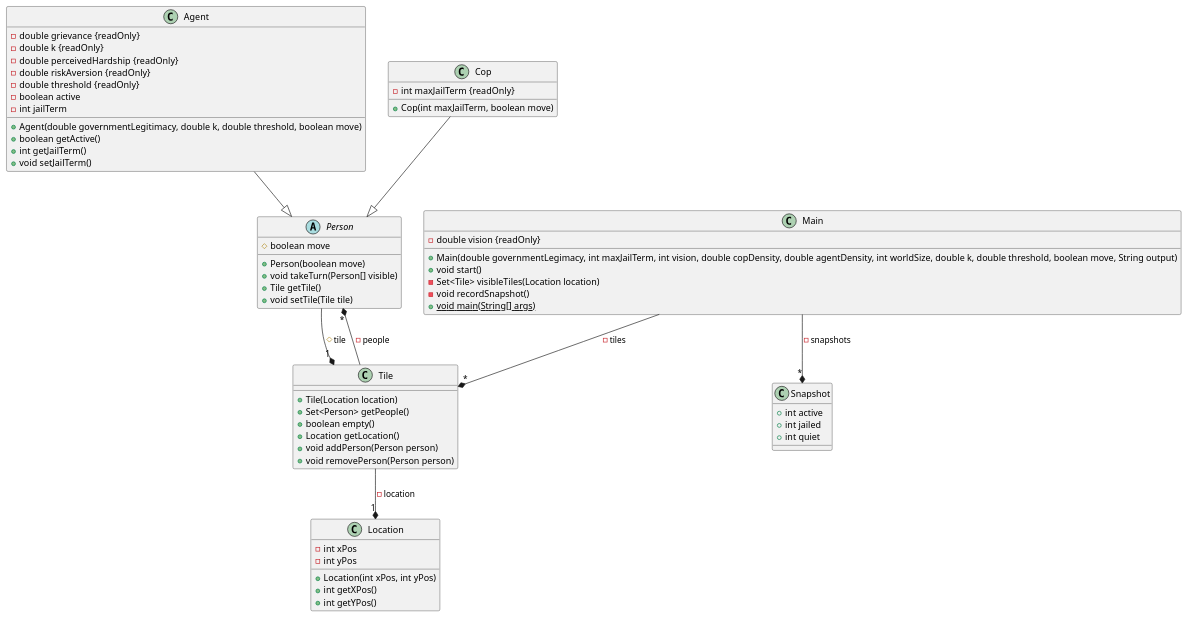
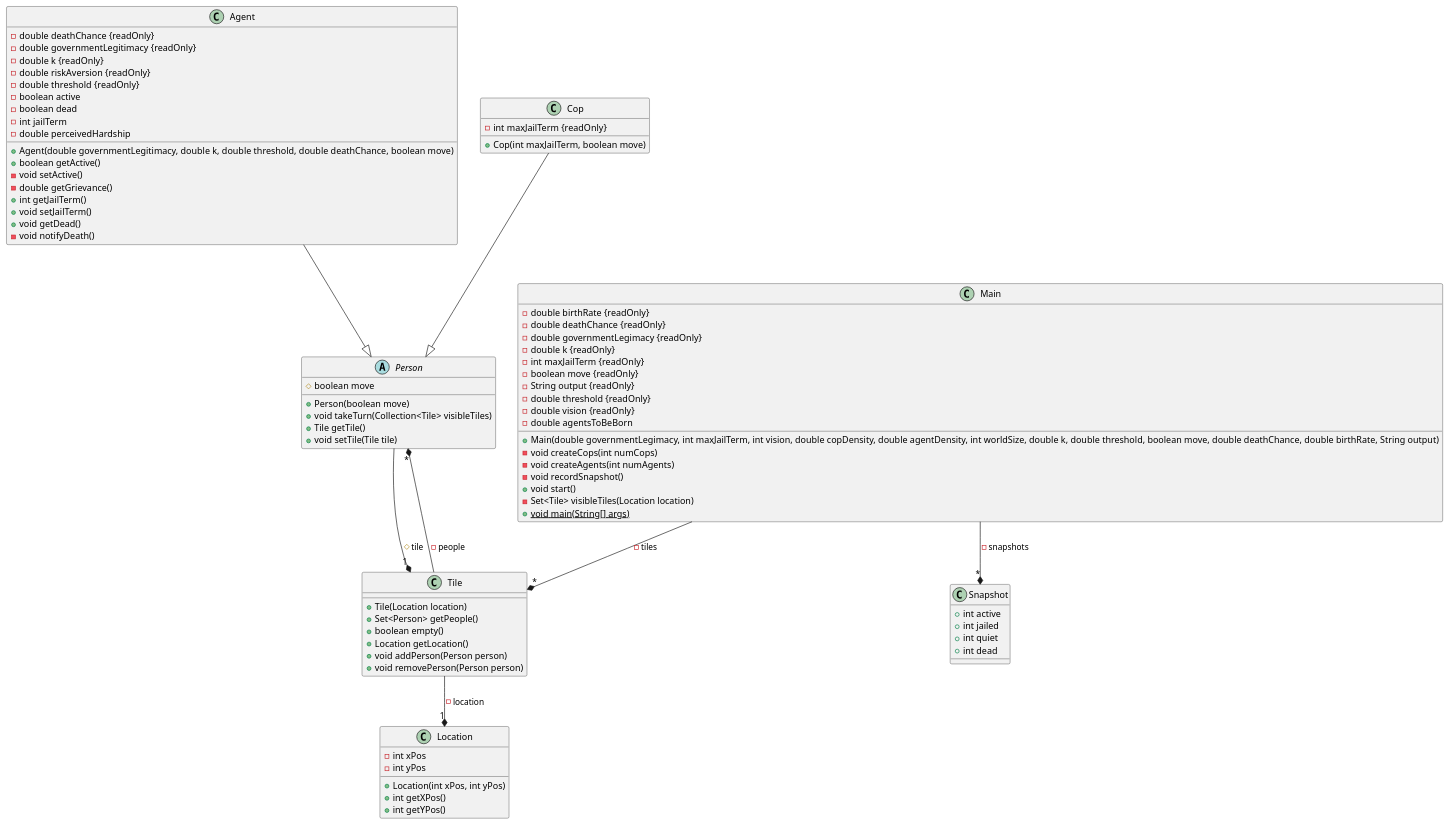
One commit to jofrancis1997/rebellion changed the diagram in docs/classes.puml. Above: the diagram before and after it, drawn with PlantUML. The commit also changed 5 other files, not shown here.

Commit message:
feat: agents die in jail, and are born over time

```diff
--- a/docs/classes.puml
+++ b/docs/classes.puml
@@ -1,71 +1,89 @@
 @startuml Rebellion
 
 class Agent {
-    - double grievance {readOnly}
+    - double deathChance {readOnly}
+    - double governmentLegitimacy {readOnly}
     - double k {readOnly}
-    - double perceivedHardship {readOnly}
     - double riskAversion {readOnly}
     - double threshold {readOnly}
     - boolean active
+    - boolean dead
     - int jailTerm
-    + Agent(double governmentLegitimacy, double k, double threshold, boolean move)
+    - double perceivedHardship
+    + Agent(double governmentLegitimacy, double k, double threshold, double deathChance, boolean move)
     + boolean getActive()
+    - void setActive()
+    - double getGrievance()
     + int getJailTerm()
     + void setJailTerm()
+    + void getDead()
+    - void notifyDeath()
 }
 
 class Cop {
     - int maxJailTerm {readOnly}
     + Cop(int maxJailTerm, boolean move)
 }
 
 class Location {
     - int xPos
     - int yPos
     + Location(int xPos, int yPos)
     + int getXPos()
     + int getYPos()
 }
 
 class Main {
+    - double birthRate {readOnly}
+    - double deathChance {readOnly}
+    - double governmentLegimacy {readOnly}
+    - double k {readOnly}
+    - int maxJailTerm {readOnly}
+    - boolean move {readOnly}
+    - String output {readOnly}
+    - double threshold {readOnly}
     - double vision {readOnly}
-    + Main(double governmentLegimacy, int maxJailTerm, int vision, double copDensity, double agentDensity, int worldSize, double k, double threshold, boolean move, String output)
+    - double agentsToBeBorn
+    + Main(double governmentLegimacy, int maxJailTerm, int vision, double copDensity, double agentDensity, int worldSize, double k, double threshold, boolean move, double deathChance, double birthRate, String output)
+    - void createCops(int numCops)
+    - void createAgents(int numAgents)
+    - void recordSnapshot()
     + void start()
     - Set<Tile> visibleTiles(Location location)
-    - void recordSnapshot()
     + void main(String[] args) {static}
 }
 
 abstract class Person {
     # boolean move
     + Person(boolean move)
-    + void takeTurn(Person[] visible)
+    + void takeTurn(Collection<Tile> visibleTiles)
     + Tile getTile()
     + void setTile(Tile tile)
 }
 
 class Snapshot {
     + int active
     + int jailed
     + int quiet
+    + int dead
 }
 
 class Tile {
     + Tile(Location location)
     + Set<Person> getPeople()
     + boolean empty()
     + Location getLocation()
     + void addPerson(Person person)
     + void removePerson(Person person)
 }
 
 
 Main --* "*" Tile : - tiles
 Main --* "*" Snapshot : - snapshots
 Agent --|> Person
 Cop --|> Person
 Tile --* "*" Person : - people
 Person --* "1" Tile : # tile
 Tile --* "1" Location : - location
 
 @enduml
```
